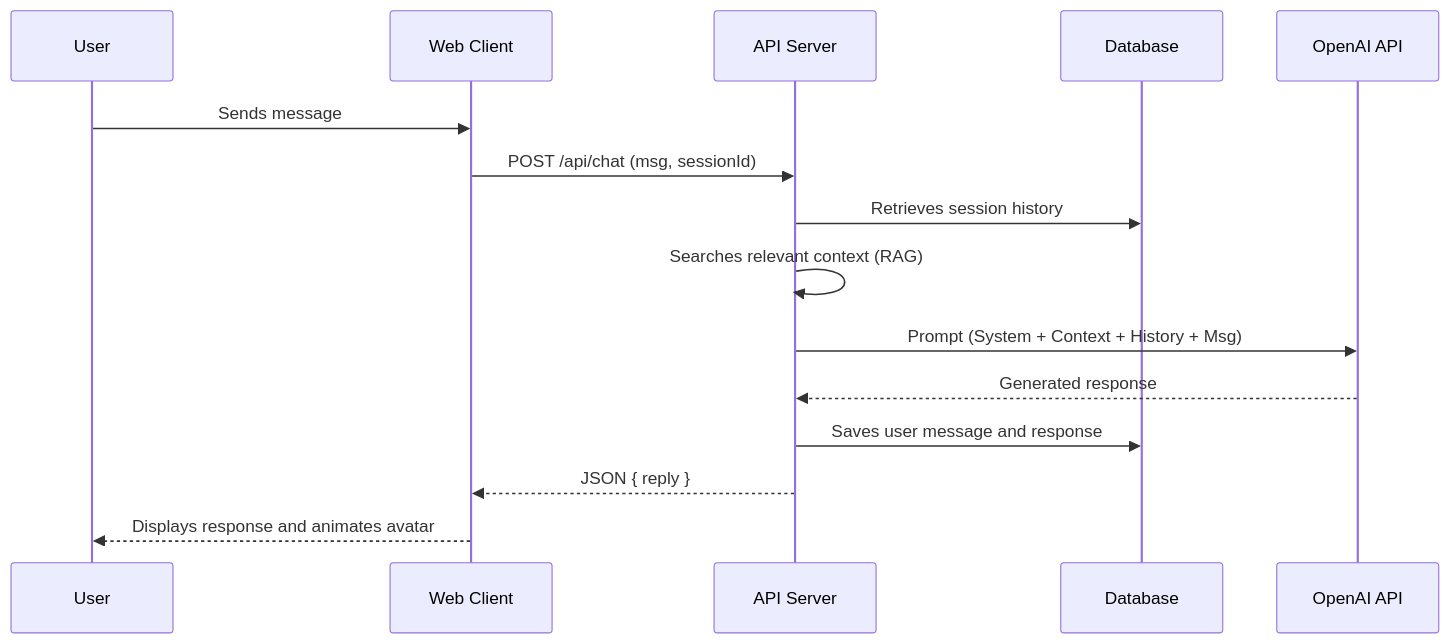
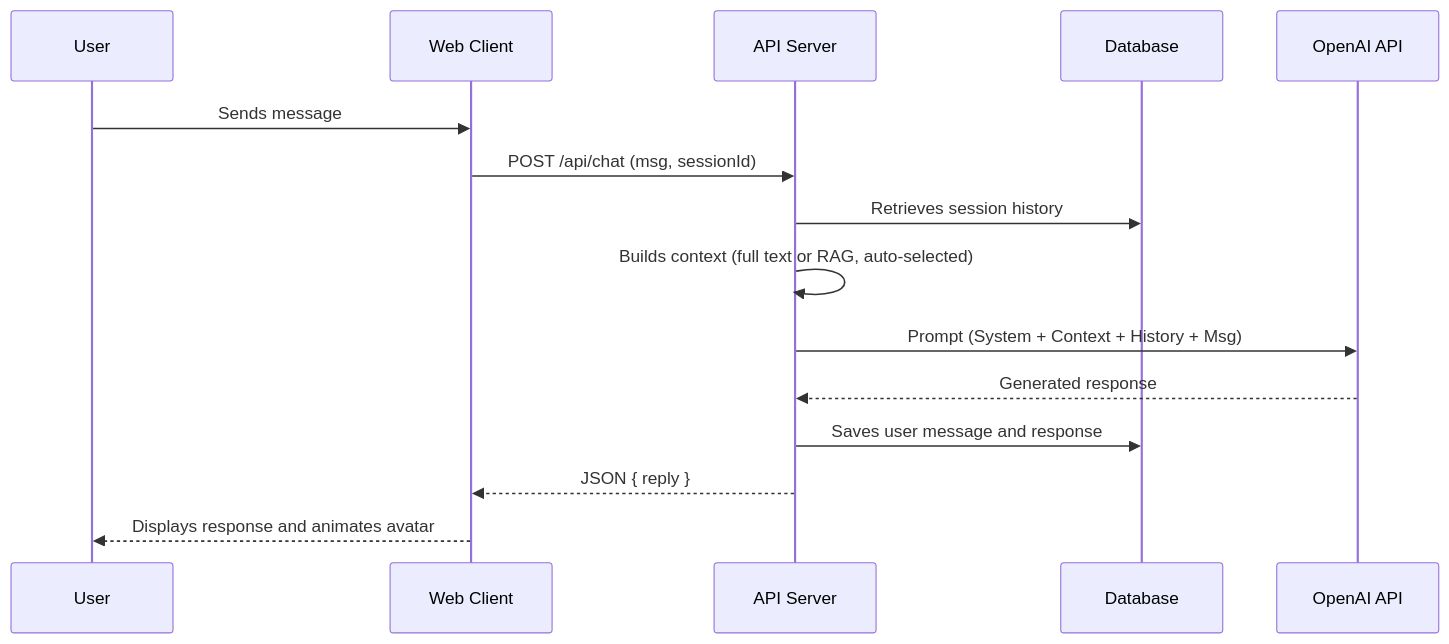
The second of 2 diagrams in README.md (pepbernat/interactive-bio-ai), drawn with Mermaid before and after one commit. The commit also changed other lines of this file and 3 other files, not shown here.

Commit message:
Feature: Elegible full context or embeded based on size of knowledge file.

````diff
--- a/README.md
+++ b/README.md
@@ -42,18 +44,18 @@
 ```mermaid
 sequenceDiagram
     participant U as User
     participant C as Web Client
     participant S as API Server
     participant D as Database
     participant AI as OpenAI API
 
     U->>C: Sends message
     C->>S: POST /api/chat (msg, sessionId)
     S->>D: Retrieves session history
-    S->>S: Searches relevant context (RAG)
+    S->>S: Builds context (full text or RAG, auto-selected)
     S->>AI: Prompt (System + Context + History + Msg)
     AI-->>S: Generated response
     S->>D: Saves user message and response
     S-->>C: JSON { reply }
     C-->>U: Displays response and animates avatar
 ```
````
